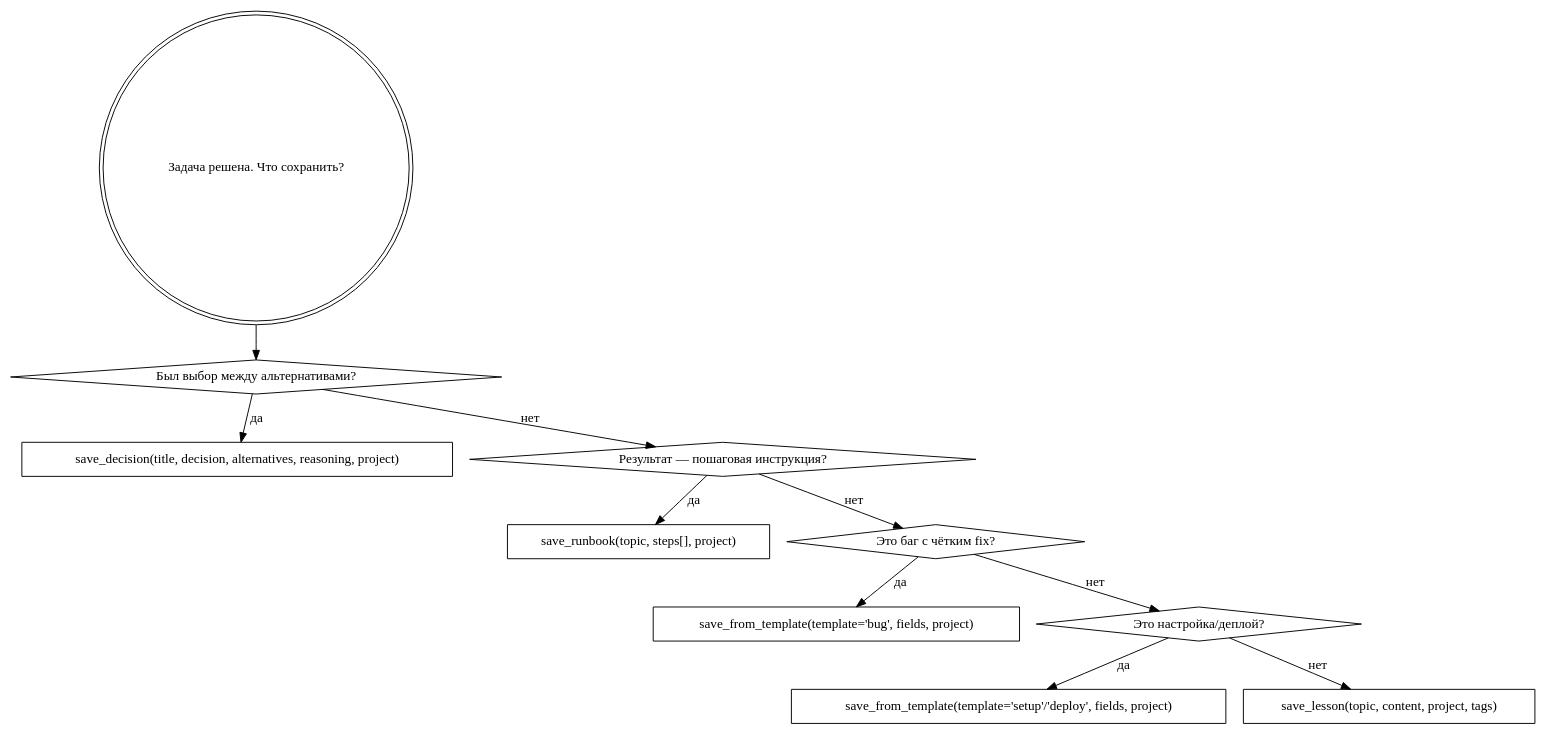
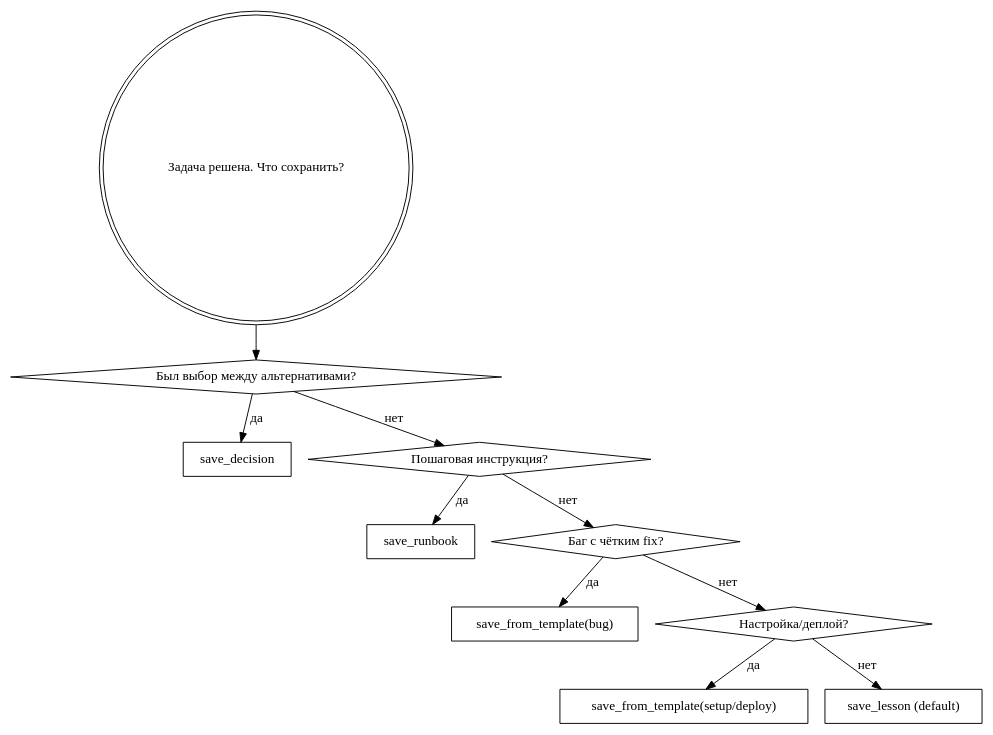
Before and after one commit to Arelion999/memory-compiler: the third of 3 diagrams in skills/memory-autopilot/SKILL.md, drawn with Graphviz. The commit also changed other lines of this file and 10 other files, not shown here.

````diff
--- a/skills/memory-autopilot/SKILL.md
+++ b/skills/memory-autopilot/SKILL.md
@@ -145,24 +171,24 @@
 ```dot
 digraph save {
     "Задача решена. Что сохранить?" [shape=doublecircle];
     "Был выбор между альтернативами?" [shape=diamond];
-    "save_decision(title, decision, alternatives, reasoning, project)" [shape=box];
-    "Результат — пошаговая инструкция?" [shape=diamond];
-    "save_runbook(topic, steps[], project)" [shape=box];
-    "Это баг с чётким fix?" [shape=diamond];
-    "save_from_template(template='bug', fields, project)" [shape=box];
-    "Это настройка/деплой?" [shape=diamond];
-    "save_from_template(template='setup'/'deploy', fields, project)" [shape=box];
-    "save_lesson(topic, content, project, tags)" [shape=box];
+    "save_decision" [shape=box];
+    "Пошаговая инструкция?" [shape=diamond];
+    "save_runbook" [shape=box];
+    "Баг с чётким fix?" [shape=diamond];
+    "save_from_template(bug)" [shape=box];
+    "Настройка/деплой?" [shape=diamond];
+    "save_from_template(setup/deploy)" [shape=box];
+    "save_lesson (default)" [shape=box];
 
     "Задача решена. Что сохранить?" -> "Был выбор между альтернативами?";
-    "Был выбор между альтернативами?" -> "save_decision(title, decision, alternatives, reasoning, project)" [label="да"];
-    "Был выбор между альтернативами?" -> "Результат — пошаговая инструкция?" [label="нет"];
-    "Результат — пошаговая инструкция?" -> "save_runbook(topic, steps[], project)" [label="да"];
-    "Результат — пошаговая инструкция?" -> "Это баг с чётким fix?" [label="нет"];
-    "Это баг с чётким fix?" -> "save_from_template(template='bug', fields, project)" [label="да"];
-    "Это баг с чётким fix?" -> "Это настройка/деплой?" [label="нет"];
-    "Это настройка/деплой?" -> "save_from_template(template='setup'/'deploy', fields, project)" [label="да"];
-    "Это настройка/деплой?" -> "save_lesson(topic, content, project, tags)" [label="нет"];
+    "Был выбор между альтернативами?" -> "save_decision" [label="да"];
+    "Был выбор между альтернативами?" -> "Пошаговая инструкция?" [label="нет"];
+    "Пошаговая инструкция?" -> "save_runbook" [label="да"];
+    "Пошаговая инструкция?" -> "Баг с чётким fix?" [label="нет"];
+    "Баг с чётким fix?" -> "save_from_template(bug)" [label="да"];
+    "Баг с чётким fix?" -> "Настройка/деплой?" [label="нет"];
+    "Настройка/деплой?" -> "save_from_template(setup/deploy)" [label="да"];
+    "Настройка/деплой?" -> "save_lesson (default)" [label="нет"];
 }
 ```
````
